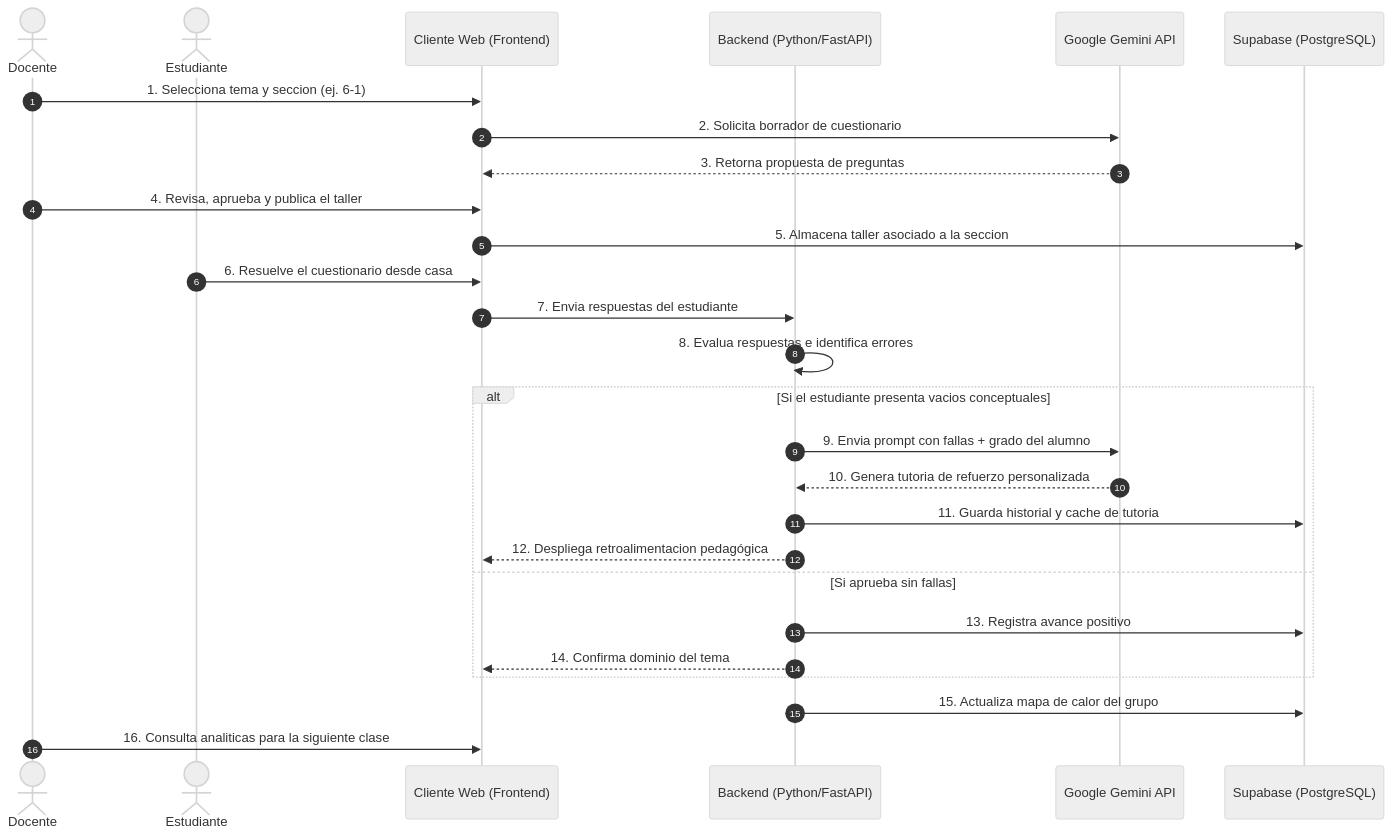
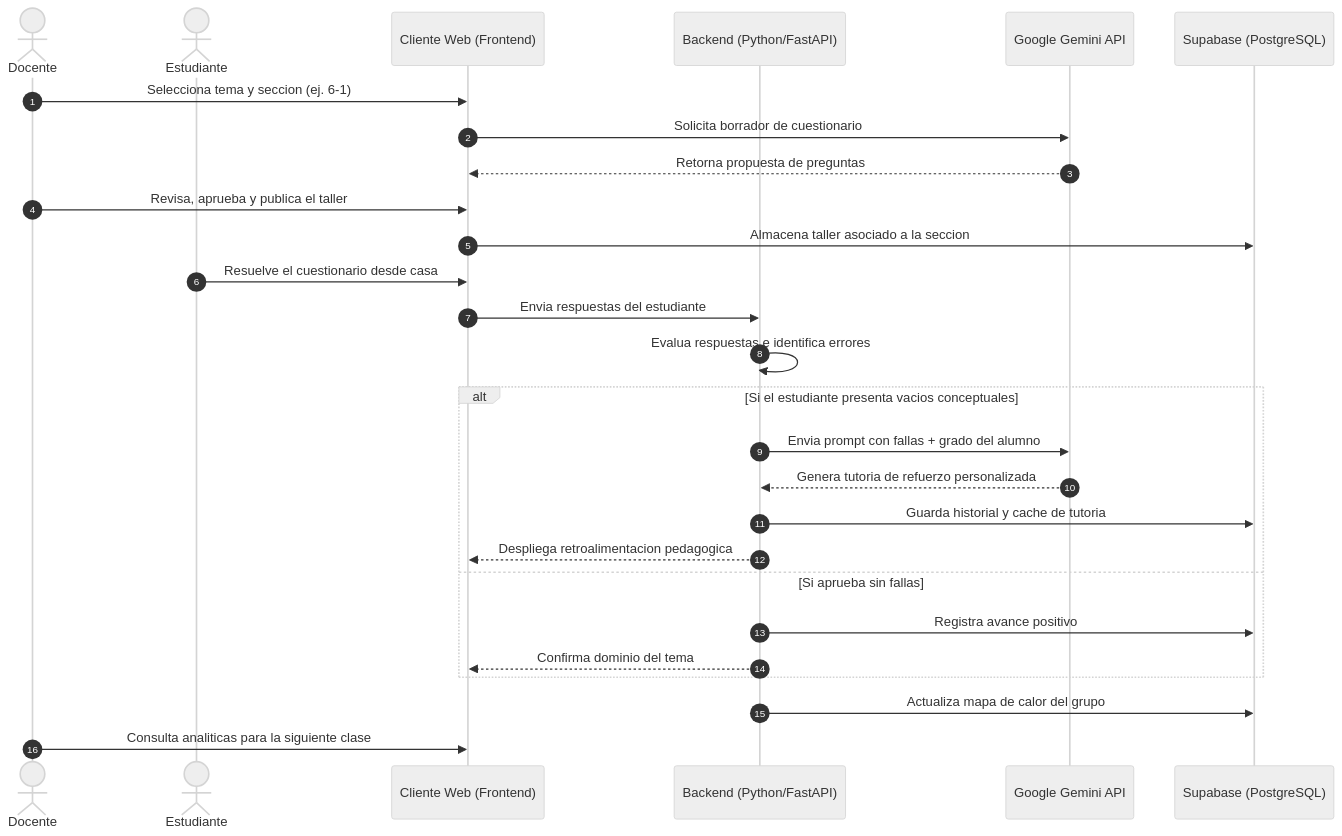
The diagram in docs/02-logica-y-procesos.md (Dreathward/sistema-de-aprendizaje-en-linea), drawn with Mermaid (neutral theme) before and after one commit.

Commit message:
Refactor process steps for clarity in documentation

````diff
--- a/docs/02-logica-y-procesos.md
+++ b/docs/02-logica-y-procesos.md
@@ -14,33 +14,33 @@
 ```mermaid
 sequenceDiagram
     autonumber
     actor Docente
     actor Estudiante
     participant UI as Cliente Web (Frontend)
     participant Server as Backend (Python/FastAPI)
     participant IA as Google Gemini API
     participant DB as Supabase (PostgreSQL)
 
-    Docente->>UI: 1. Selecciona tema y seccion (ej. 6-1)
-    UI->>IA: 2. Solicita borrador de cuestionario
-    IA-->>UI: 3. Retorna propuesta de preguntas
-    Docente->>UI: 4. Revisa, aprueba y publica el taller
-    UI->>DB: 5. Almacena taller asociado a la seccion
+    Docente->>UI: Selecciona tema y seccion (ej. 6-1)
+    UI->>IA: Solicita borrador de cuestionario
+    IA-->>UI: Retorna propuesta de preguntas
+    Docente->>UI: Revisa, aprueba y publica el taller
+    UI->>DB: Almacena taller asociado a la seccion
     
-    Estudiante->>UI: 6. Resuelve el cuestionario desde casa
-    UI->>Server: 7. Envia respuestas del estudiante
-    Server->>Server: 8. Evalua respuestas e identifica errores
+    Estudiante->>UI: Resuelve el cuestionario desde casa
+    UI->>Server: Envia respuestas del estudiante
+    Server->>Server: Evalua respuestas e identifica errores
     
     alt Si el estudiante presenta vacios conceptuales
-        Server->>IA: 9. Envia prompt con fallas + grado del alumno
-        IA-->>Server: 10. Genera tutoria de refuerzo personalizada
-        Server->>DB: 11. Guarda historial y cache de tutoria
-        Server-->>UI: 12. Despliega retroalimentacion pedagógica
+        Server->>IA: Envia prompt con fallas + grado del alumno
+        IA-->>Server: Genera tutoria de refuerzo personalizada
+        Server->>DB: Guarda historial y cache de tutoria
+        Server-->>UI: Despliega retroalimentacion pedagogica
     else Si aprueba sin fallas
-        Server->>DB: 13. Registra avance positivo
-        Server-->>UI: 14. Confirma dominio del tema
+        Server->>DB: Registra avance positivo
+        Server-->>UI: Confirma dominio del tema
     end
 
-    Server->>DB: 15. Actualiza mapa de calor del grupo
-    Docente->>UI: 16. Consulta analiticas para la siguiente clase
+    Server->>DB: Actualiza mapa de calor del grupo
+    Docente->>UI: Consulta analiticas para la siguiente clase
 ```
````
